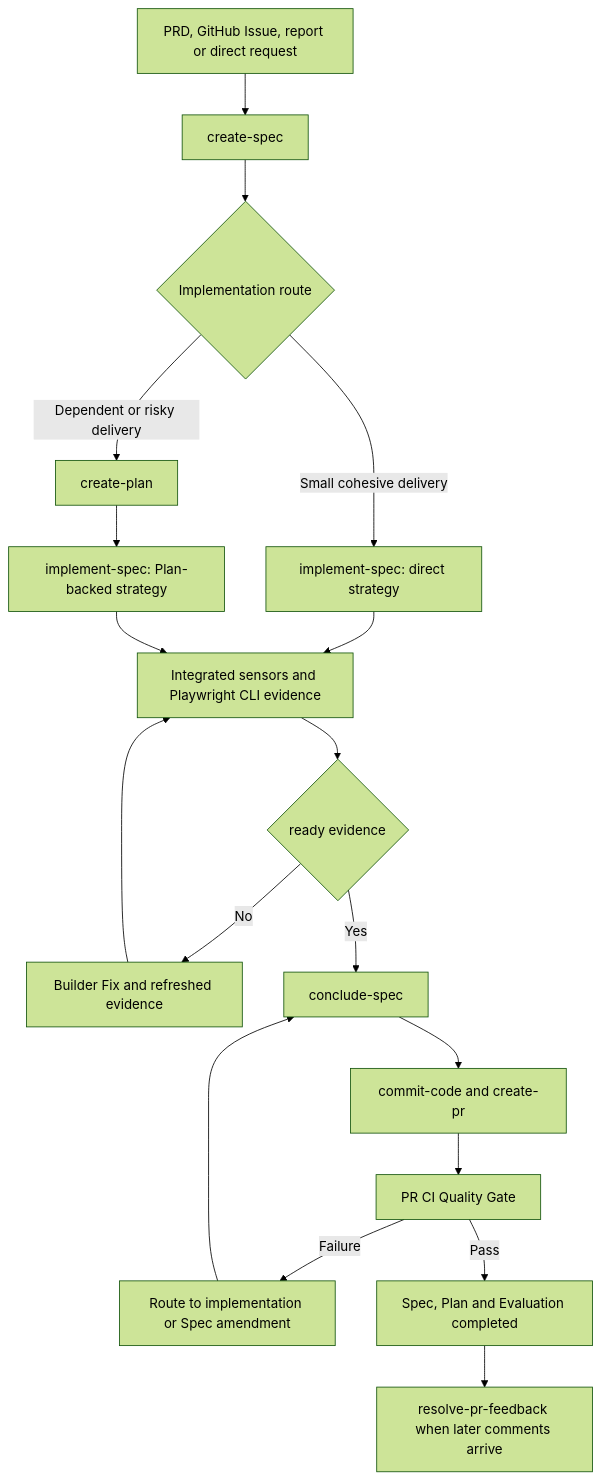
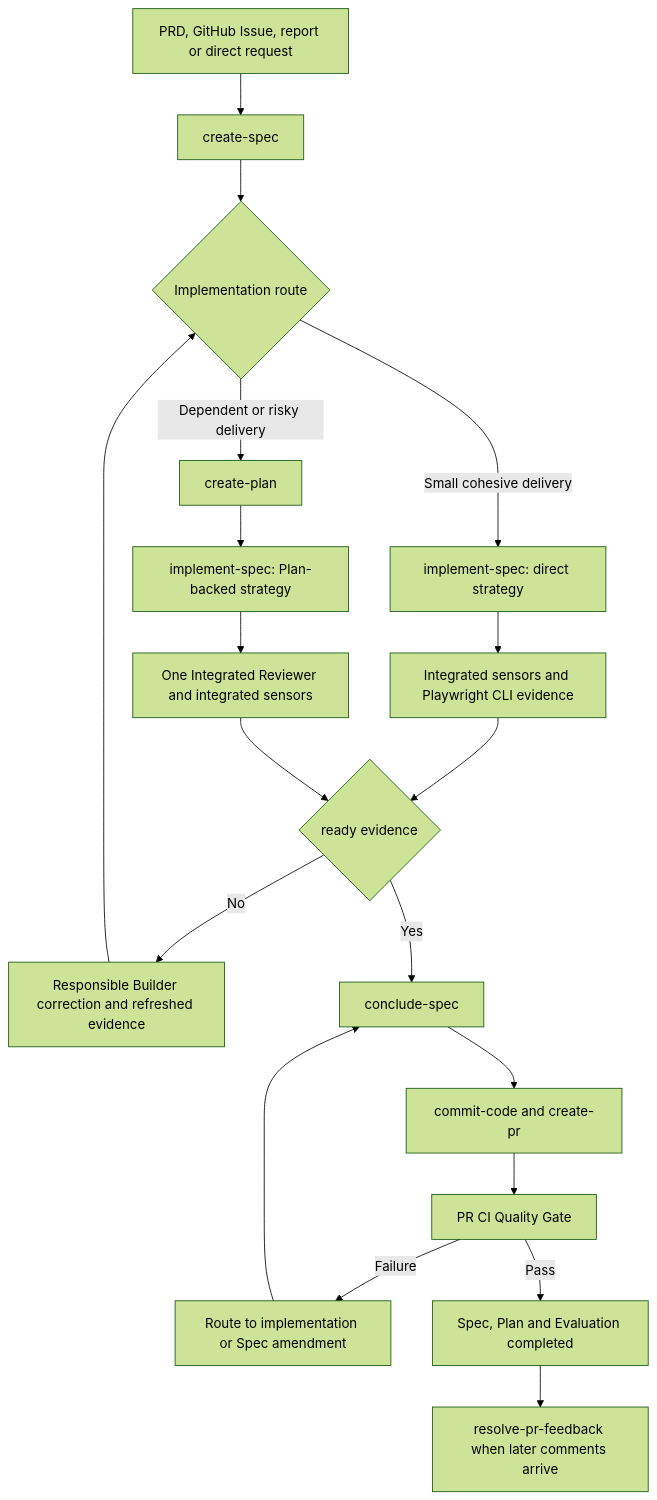
One commit to rafinel/scoops changed the diagram in documentation/sdd-rules.md. Above: the diagram before and after it, drawn with Mermaid (forest theme). The commit also changed other lines of this file and 273 other files, not shown here.

````diff
--- a/documentation/sdd-rules.md
+++ b/documentation/sdd-rules.md
@@ -127,20 +129,21 @@
 ```mermaid
 flowchart TD
     A["PRD, GitHub Issue, report or direct request"] --> B["create-spec"]
     B --> C{"Implementation route"}
     C -->|Small cohesive delivery| D["implement-spec: direct strategy"]
     C -->|Dependent or risky delivery| E["create-plan"]
     E --> F["implement-spec: Plan-backed strategy"]
     D --> G["Integrated sensors and Playwright CLI evidence"]
-    F --> G
+    F --> R["One Integrated Reviewer and integrated sensors"]
     G --> H{"ready evidence"}
-    H -->|No| I["Builder Fix and refreshed evidence"]
-    I --> G
+    R --> H
+    H -->|No| I["Responsible Builder correction and refreshed evidence"]
+    I --> C
     H -->|Yes| J["conclude-spec"]
     J --> K["commit-code and create-pr"]
     K --> L["PR CI Quality Gate"]
     L -->|Failure| M["Route to implementation or Spec amendment"]
     M --> J
     L -->|Pass| N["Spec, Plan and Evaluation completed"]
     N --> O["resolve-pr-feedback when later comments arrive"]
 ```
````
